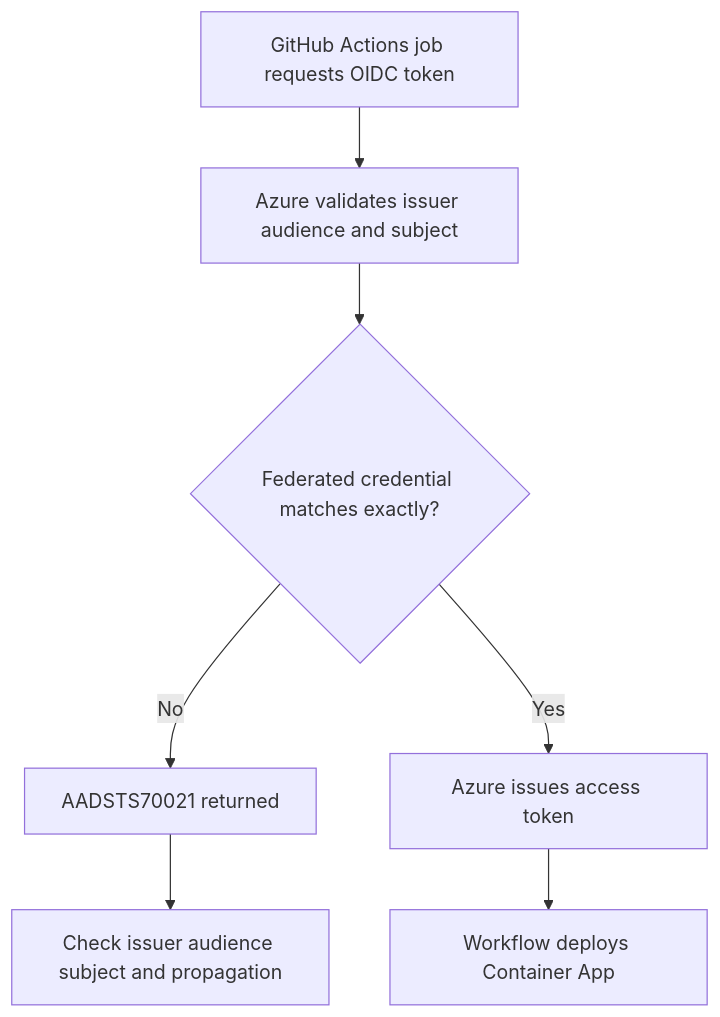
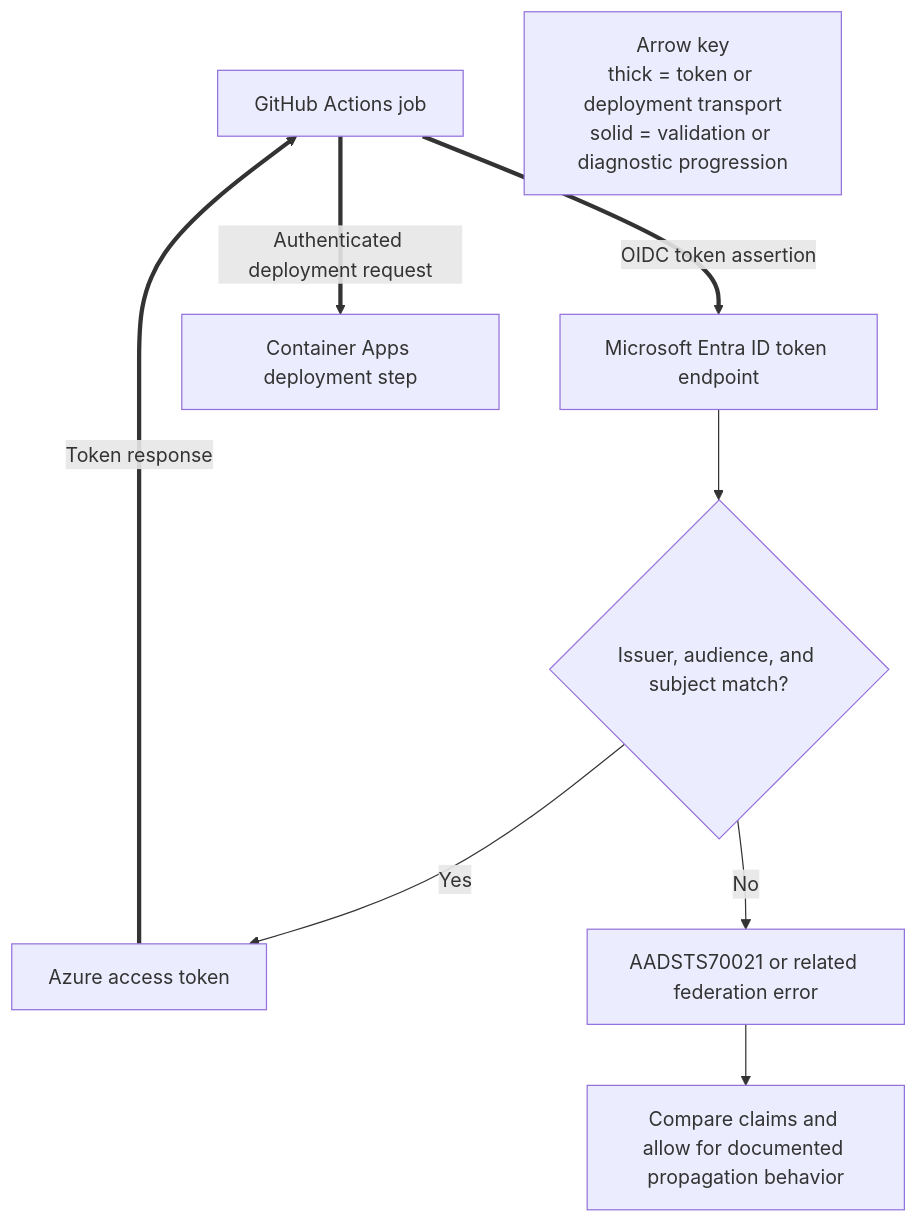
Before and after one commit to yeongseon/azure-container-apps-practical-guide: the diagram in docs/troubleshooting/playbooks/deployment-and-cicd/github-actions-oidc-failure.md, drawn with Mermaid. The commit also changed other lines of this file and 23 other files, not shown here.

First line of the commit message:
docs(diagrams): migrate troubleshooting playbook diagrams (#626)

````diff
--- a/docs/troubleshooting/playbooks/deployment-and-cicd/github-actions-oidc-failure.md
+++ b/docs/troubleshooting/playbooks/deployment-and-cicd/github-actions-oidc-failure.md
@@ -36,9 +36,23 @@
 ```mermaid
 flowchart TD
-    A[GitHub Actions job requests OIDC token] --> B[Azure validates issuer audience and subject]
-    B --> C{Federated credential matches exactly?}
-    C -->|No| D[AADSTS70021 returned]
-    C -->|Yes| E[Azure issues access token]
-    E --> F[Workflow deploys Container App]
-    D --> G[Check issuer audience subject and propagation]
+    accTitle: Diagnose GitHub Actions workload identity federation
+    accDescr: GitHub issues an OIDC token, Microsoft Entra ID compares its issuer, audience, and subject with a federated identity credential, and returns either an access token or an authentication error.
+
+    GITHUB[GitHub Actions job]
+    ENTRA[Microsoft Entra ID token endpoint]
+    MATCH{Issuer, audience, and subject match?}
+    ACCESS[Azure access token]
+    ERROR[AADSTS70021 or related federation error]
+    DEPLOY[Container Apps deployment step]
+    CHECK[Compare claims and allow for documented propagation behavior]
+
+    GITHUB ==>|OIDC token assertion| ENTRA
+    ENTRA --> MATCH
+    MATCH -->|Yes| ACCESS
+    MATCH -->|No| ERROR
+    ACCESS ==>|Token response| GITHUB
+    GITHUB ==>|Authenticated deployment request| DEPLOY
+    ERROR --> CHECK
+
+    LEGEND["Arrow key<br/>thick = token or deployment transport<br/>solid = validation or diagnostic progression"]
 ```
````
